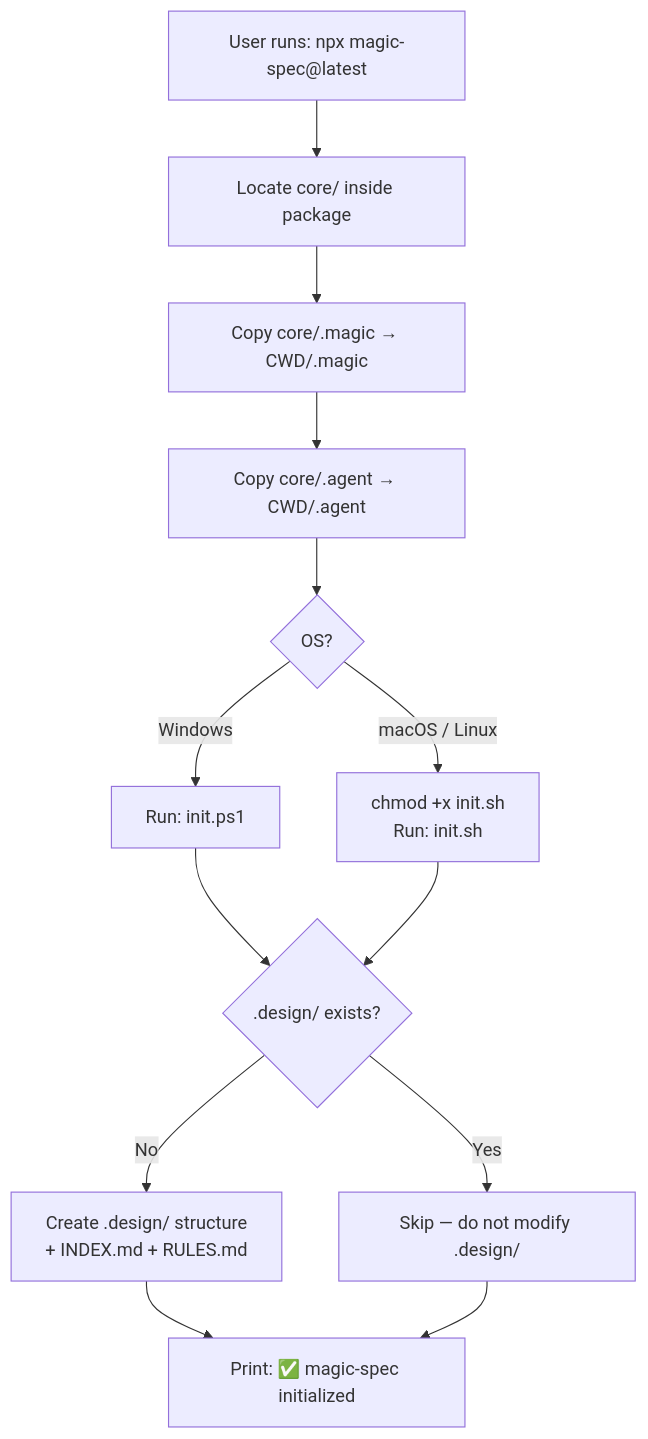
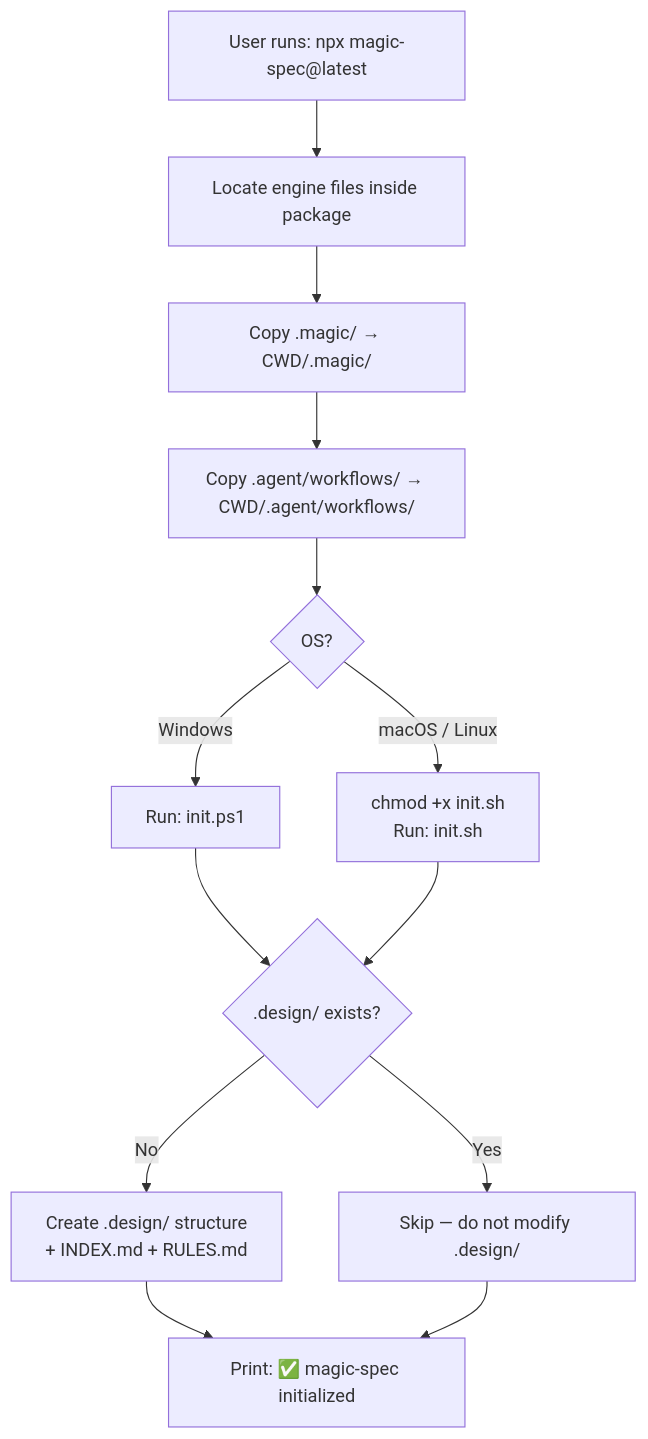
One commit to teratron/magic-spec changed the diagram in .design/specifications/cli-installer.md. Above: the diagram before and after it, drawn with Mermaid. The commit also changed other lines of this file and 9 other files, not shown here.

Commit message:
feat: add initial design specifications for distribution, architecture, CLI, and secrets management.

````diff
--- a/.design/specifications/cli-installer.md
+++ b/.design/specifications/cli-installer.md
@@ -52,15 +52,15 @@
 ```mermaid
 graph TD
-    A["User runs: npx magic-spec@latest"] --> B["Locate core/ inside package"]
-    B --> C["Copy core/.magic → CWD/.magic"]
-    C --> D["Copy core/.agent → CWD/.agent"]
+    A["User runs: npx magic-spec@latest"] --> B["Locate engine files inside package"]
+    B --> C["Copy .magic/ → CWD/.magic/"]
+    C --> D["Copy .agent/workflows/ → CWD/.agent/workflows/"]
     D --> E{"OS?"}
     E -->|Windows| F["Run: init.ps1"]
     E -->|macOS / Linux| G["chmod +x init.sh\nRun: init.sh"]
     F --> H{".design/ exists?"}
     G --> H
     H -->|No| I["Create .design/ structure\n+ INDEX.md + RULES.md"]
     H -->|Yes| J["Skip — do not modify .design/"]
     I --> K["Print: ✅ magic-spec initialized"]
     J --> K
 ```
````
